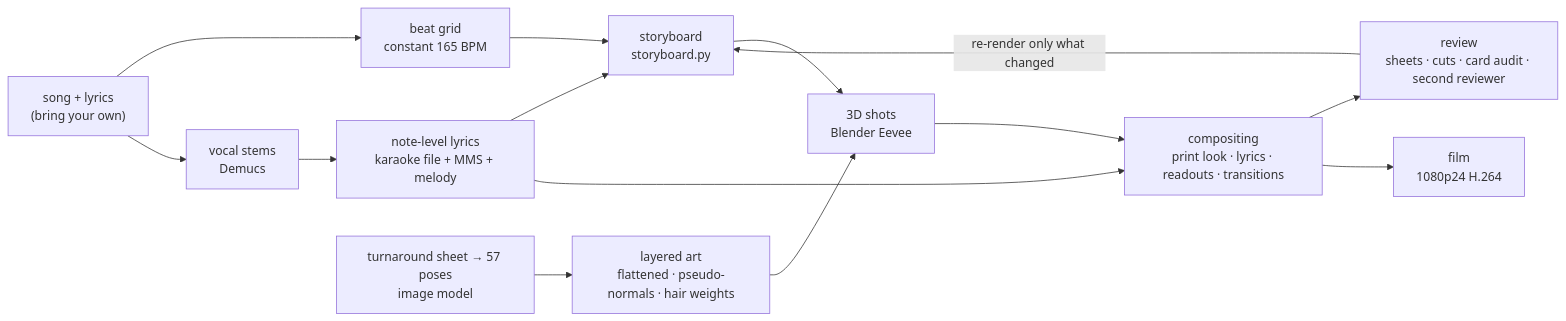
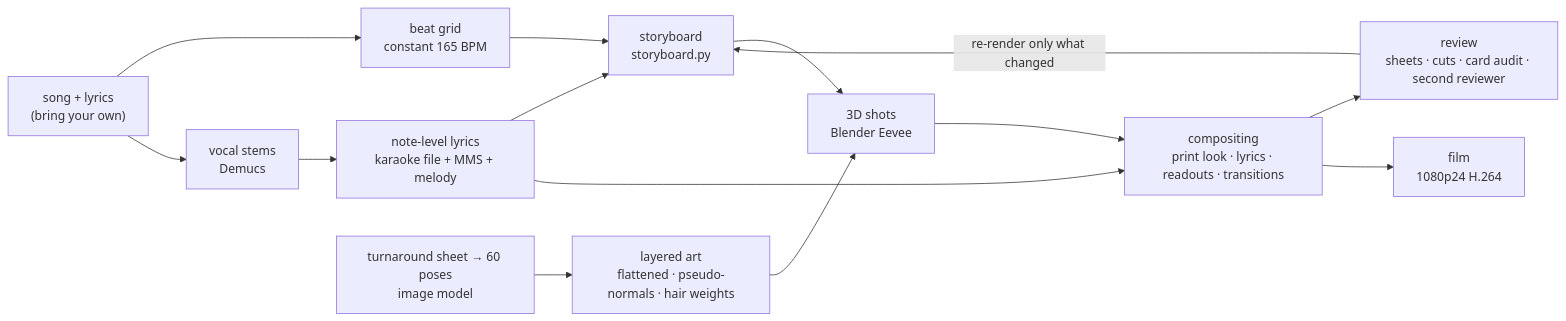
The diagram in README.en.md (RepressedAlliance/MeltDown), drawn with Mermaid before and after one commit. The commit also changed other lines of this file and 41 other files, not shown here.

````diff
--- a/README.en.md
+++ b/README.en.md
@@ -102,16 +102,16 @@
 ```mermaid
 flowchart LR
   A["song + lyrics<br/>(bring your own)"] --> B["beat grid<br/>constant 165 BPM"]
   A --> C["vocal stems<br/>Demucs"]
   C --> D["note-level lyrics<br/>karaoke file + MMS + melody"]
-  E["turnaround sheet → 57 poses<br/>image model"] --> F["layered art<br/>flattened · pseudo-normals · hair weights"]
+  E["turnaround sheet → 60 poses<br/>image model"] --> F["layered art<br/>flattened · pseudo-normals · hair weights"]
   B --> G["storyboard<br/>storyboard.py"]
   D --> G
   G --> H["3D shots<br/>Blender Eevee"]
   F --> H
   H --> I["compositing<br/>print look · lyrics · readouts · transitions"]
   D --> I
   I --> J["review<br/>sheets · cuts · card audit · second reviewer"]
   J -- "re-render only what changed" --> G
   I --> K["film<br/>1080p24 H.264"]
 ```
````
